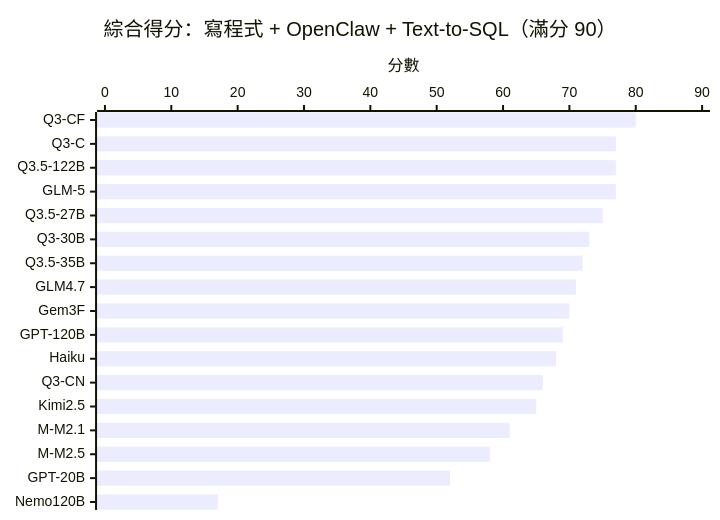
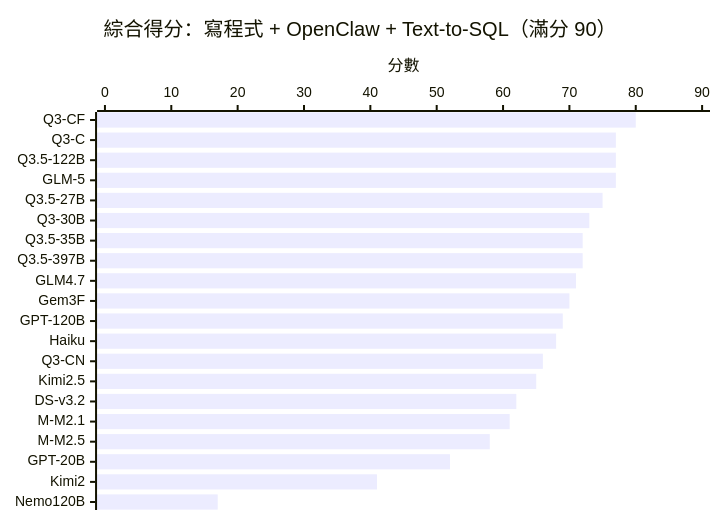
Before and after one commit to ywchiu/local_agentic_llm: the first of 2 diagrams in README_zh.md, drawn with Mermaid. The commit also changed other lines of this file and 1 other file, not shown here.

First line of the commit message:
docs: add deepseek-v3.2, qwen3.5-397b, kimi-k2 to full leaderboard

````diff
--- a/README_zh.md
+++ b/README_zh.md
@@ -18,7 +18,7 @@
 ```mermaid
 xychart-beta horizontal
     title "綜合得分：寫程式 + OpenClaw + Text-to-SQL（滿分 90）"
-    x-axis ["Q3-CF", "Q3-C", "Q3.5-122B", "GLM-5", "Q3.5-27B", "Q3-30B", "Q3.5-35B", "GLM4.7", "Gem3F", "GPT-120B", "Haiku", "Q3-CN", "Kimi2.5", "M-M2.1", "M-M2.5", "GPT-20B", "Nemo120B"]
+    x-axis ["Q3-CF", "Q3-C", "Q3.5-122B", "GLM-5", "Q3.5-27B", "Q3-30B", "Q3.5-35B", "Q3.5-397B", "GLM4.7", "Gem3F", "GPT-120B", "Haiku", "Q3-CN", "Kimi2.5", "DS-v3.2", "M-M2.1", "M-M2.5", "GPT-20B", "Kimi2", "Nemo120B"]
     y-axis "分數" 0 --> 90
-    bar [80, 77, 77, 77, 75, 73, 72, 71, 70, 69, 68, 66, 65, 61, 58, 52, 17]
+    bar [80, 77, 77, 77, 75, 73, 72, 72, 71, 70, 69, 68, 66, 65, 62, 61, 58, 52, 41, 17]
 ```
````
